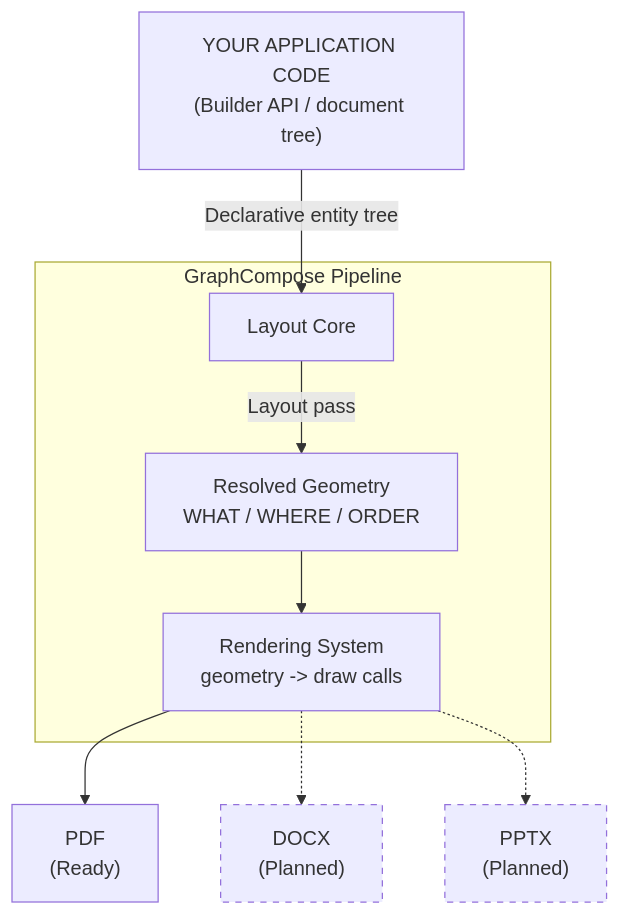
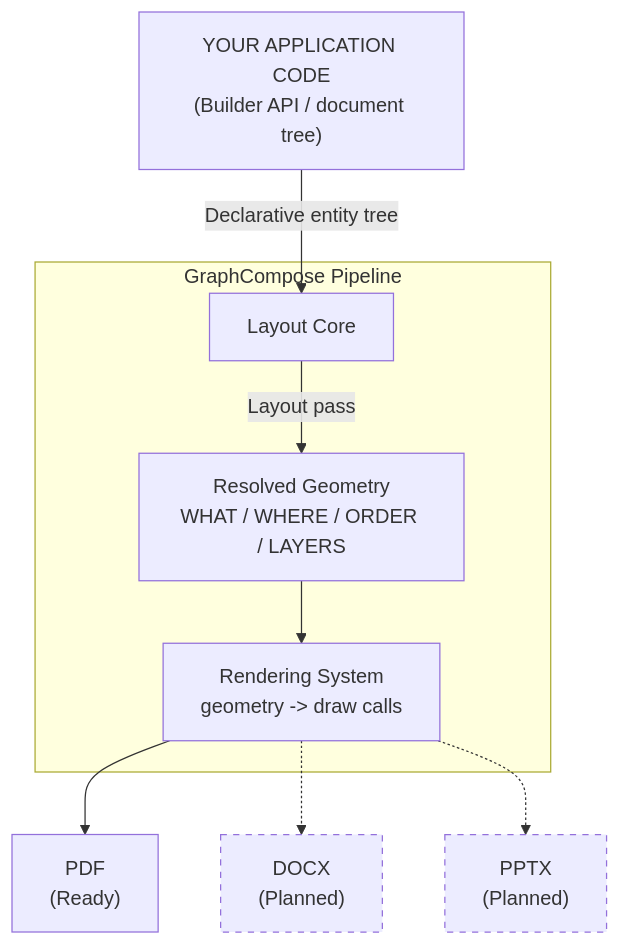
The diagram in README.md (DemchaAV/GraphCompose), drawn with Mermaid before and after one commit.

Commit message:
fix Architecture README.md

````diff
--- a/README.md
+++ b/README.md
@@ -138,25 +138,25 @@
 ```mermaid
 graph TD
     UserCode["YOUR APPLICATION CODE<br/>(Builder API / document tree)"]
 
     subgraph Core["GraphCompose Pipeline"]
         LayoutSystem["Layout Core"]
-        Instructions["Resolved Geometry<br/>WHAT / WHERE / ORDER"]
+        Instructions["Resolved Geometry<br/>WHAT / WHERE / ORDER / LAYERS"]
         RenderingSystem["Rendering System<br/>geometry -> draw calls"]
     end
 
     PDF["PDF<br/>(Ready)"]
     DOCX["DOCX<br/>(Planned)"]
     PPTX["PPTX<br/>(Planned)"]
 
     UserCode -->|"Declarative entity tree"| LayoutSystem
     LayoutSystem -->|"Layout pass"| Instructions
     Instructions --> RenderingSystem
 
     RenderingSystem --> PDF
     RenderingSystem -.-> DOCX
     RenderingSystem -.-> PPTX
 
     classDef planned stroke-dasharray: 5 5;
     class DOCX,PPTX planned;
 ```
````
